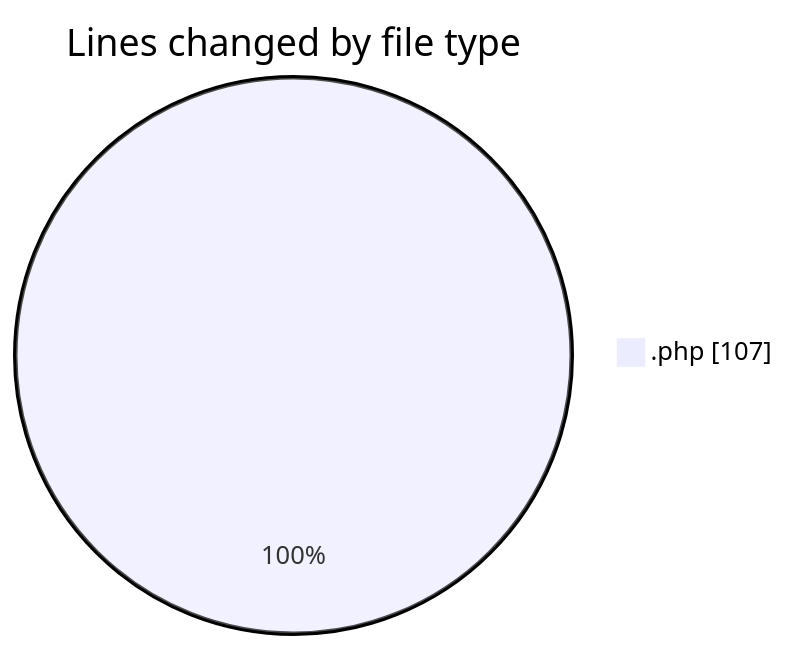
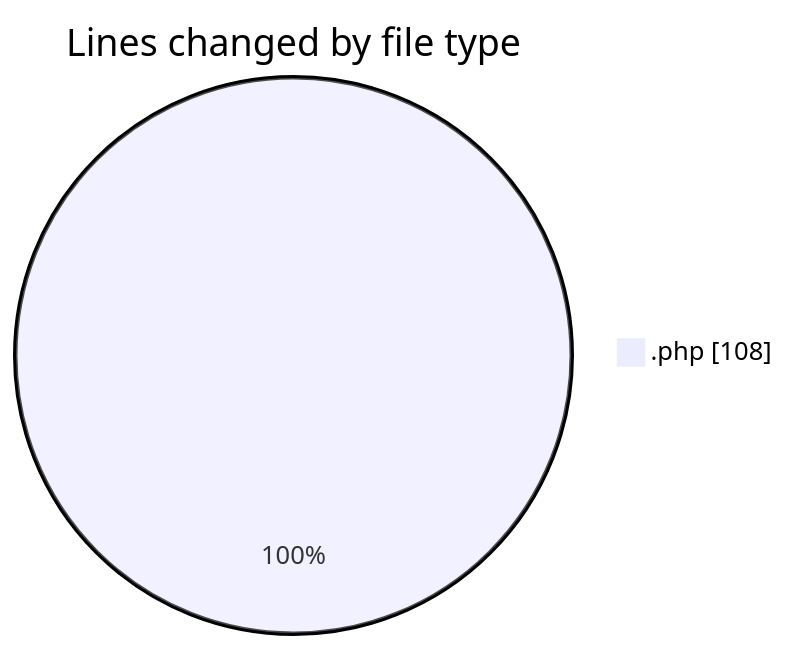
The first of 2 diagrams in 2025-09-23/plugins/README.md (debugP/code-tracking), drawn with Mermaid before and after one commit. The commit also changed other lines of this file and 1 other file, not shown here.

````diff
--- a/2025-09-23/plugins/README.md
+++ b/2025-09-23/plugins/README.md
@@ -20,5 +20,5 @@
 ```mermaid
 pie showData
 title Lines changed by file type
-".php" : 107
+".php" : 108
 ```
````
